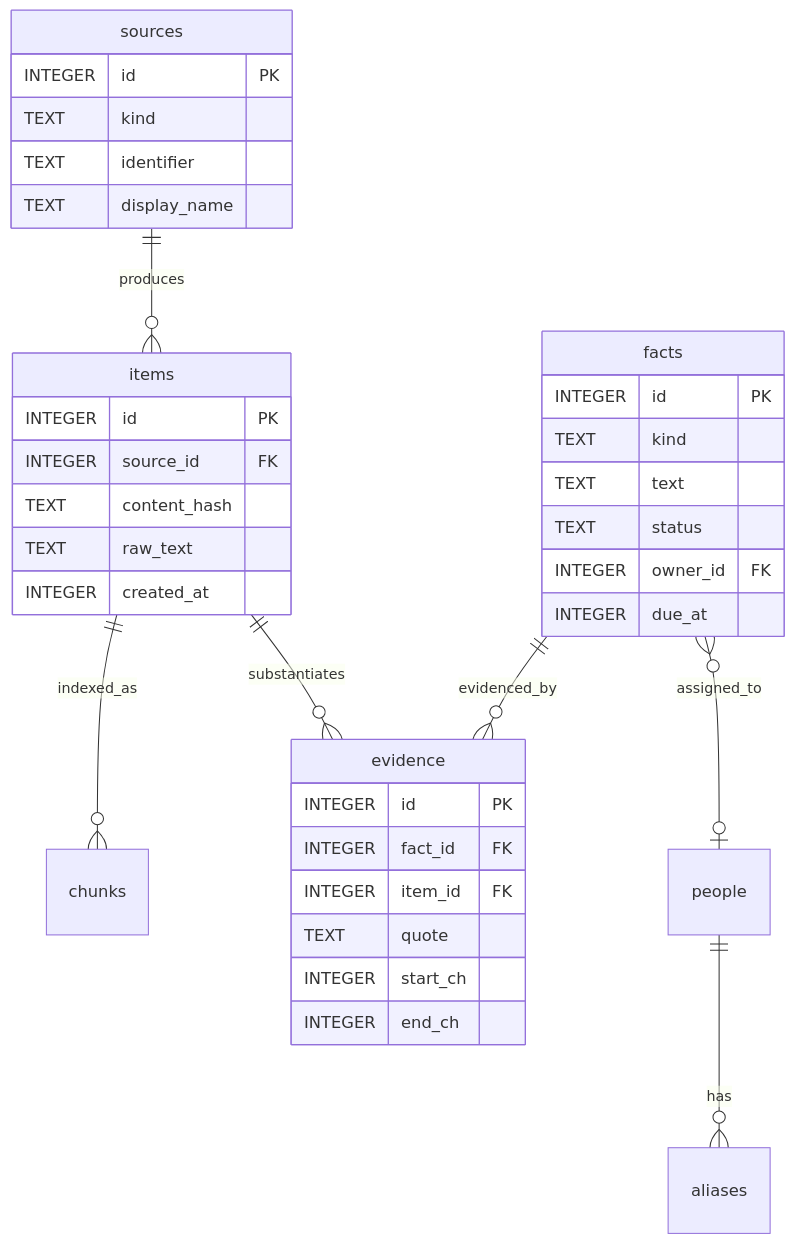
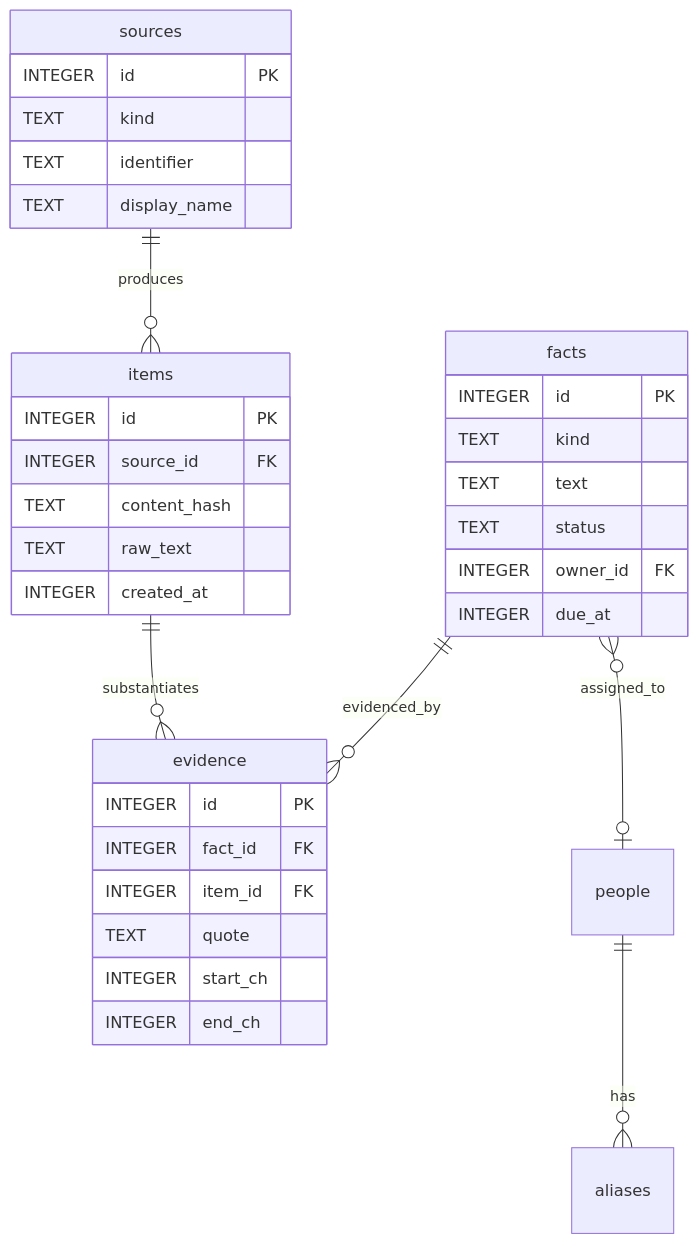
One commit to webex042/Tessera changed the diagram in docs-site/modules/storage.md. Above: the diagram before and after it, drawn with Mermaid. The commit also changed other lines of this file and 61 other files, not shown here.

````diff
--- a/docs-site/modules/storage.md
+++ b/docs-site/modules/storage.md
@@ -110,39 +110,38 @@
 ```mermaid
 erDiagram
     sources ||--o{ items : produces
-    items ||--o{ chunks : indexed_as
     items ||--o{ evidence : substantiates
     facts ||--o{ evidence : evidenced_by
     people ||--o{ aliases : has
     facts }o--o| people : assigned_to
 
     sources {
         INTEGER id PK
         TEXT kind
         TEXT identifier
         TEXT display_name
     }
     items {
         INTEGER id PK
         INTEGER source_id FK
         TEXT content_hash
         TEXT raw_text
         INTEGER created_at
     }
     facts {
         INTEGER id PK
         TEXT kind
         TEXT text
         TEXT status
         INTEGER owner_id FK
         INTEGER due_at
     }
     evidence {
         INTEGER id PK
         INTEGER fact_id FK
         INTEGER item_id FK
         TEXT quote
         INTEGER start_ch
         INTEGER end_ch
     }
 ```
````
